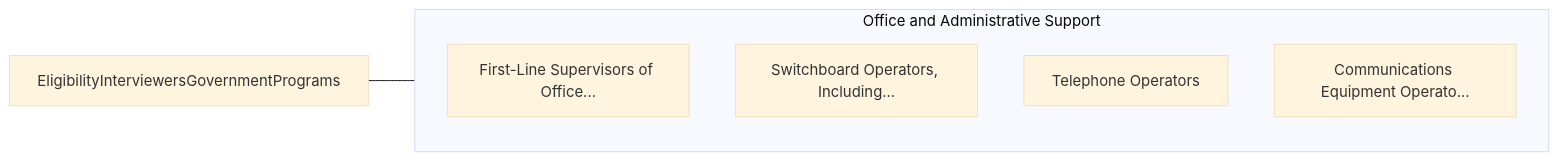
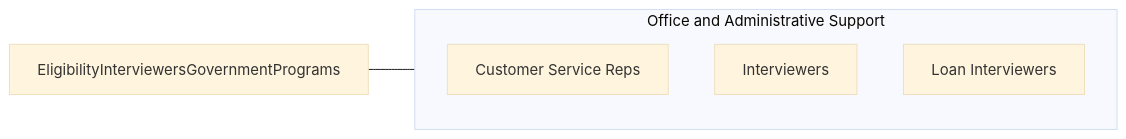
Before and after one commit to kziemski/business.org.ai: the third of 3 diagrams in occupations/Administrative/EligibilityInterviewersGovernmentPrograms.mdx, drawn with Mermaid (base theme). The commit also changed other lines of this file and 938 other files, not shown here.

````diff
--- a/occupations/Administrative/EligibilityInterviewersGovernmentPrograms.mdx
+++ b/occupations/Administrative/EligibilityInterviewersGovernmentPrograms.mdx
@@ -106,13 +102,10 @@
 ```mermaid
 graph LR
     Current["EligibilityInterviewersGovernmentPrograms"]
-
     subgraph SameCategory["Office and Administrative Support"]
-        FirstLineSupervisors["First-Line Supervisors of Office..."]
-        SwitchboardOperators["Switchboard Operators, Including..."]
-        TelephoneOperators["Telephone Operators"]
-        CommunicationsEquipm["Communications Equipment Operato..."]
+        RCustomerServiceReps["Customer Service Reps"]
+        RInterviewers["Interviewers"]
+        RLoanInterviewers["Loan Interviewers"]
     end
-
     Current --- SameCategory
 ```
````
